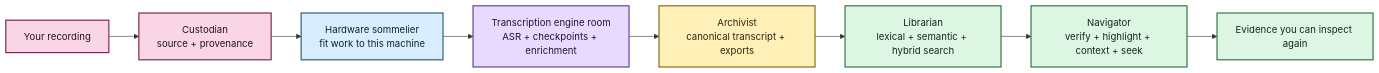
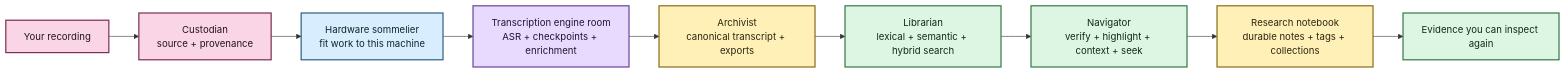
Before and after one commit to SSD1805/EchoFlow: the diagram in docs/README.md, drawn with Mermaid. The commit also changed other lines of this file, not shown here.

Commit message:
update docs front door for research state

````diff
--- a/docs/README.md
+++ b/docs/README.md
@@ -114,22 +126,24 @@
 ```mermaid
 flowchart LR
     U[Your recording] --> C[Custodian\nsource + provenance]
     C --> H[Hardware sommelier\nfit work to this machine]
     H --> T[Transcription engine room\nASR + checkpoints + enrichment]
     T --> A[Archivist\ncanonical transcript + exports]
     A --> L[Librarian\nlexical + semantic + hybrid search]
     L --> N[Navigator\nverify + highlight + context + seek]
-    N --> E[Evidence you can inspect again]
+    N --> R[Research notebook\ndurable notes + tags + collections]
+    R --> E[Evidence you can inspect again]
 
     classDef source fill:#F9D5E5,stroke:#7B2E52,stroke-width:2px,color:#22151B
     classDef compute fill:#D8EEFF,stroke:#2E617B,stroke-width:2px,color:#12222A
     classDef process fill:#E8D9FF,stroke:#68469B,stroke-width:2px,color:#1F1630
     classDef evidence fill:#FFF0B8,stroke:#8A6B18,stroke-width:2px,color:#2C260F
     classDef result fill:#DDF5E3,stroke:#347A46,stroke-width:2px,color:#142719
 
     class U,C source
     class H compute
     class T process
     class A evidence
     class L,N,E result
+    class R evidence
 ```
````
